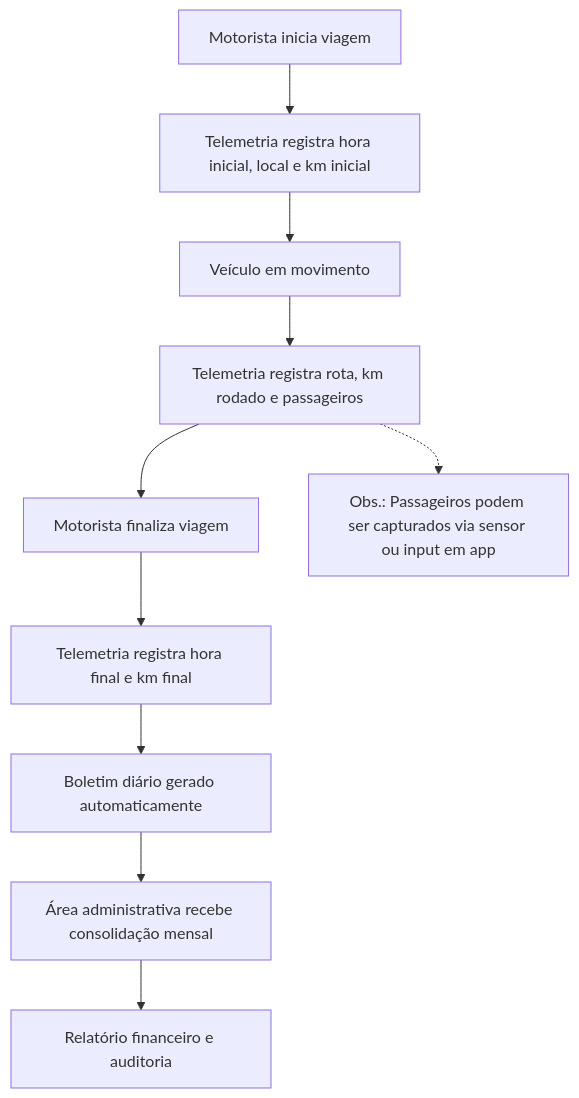
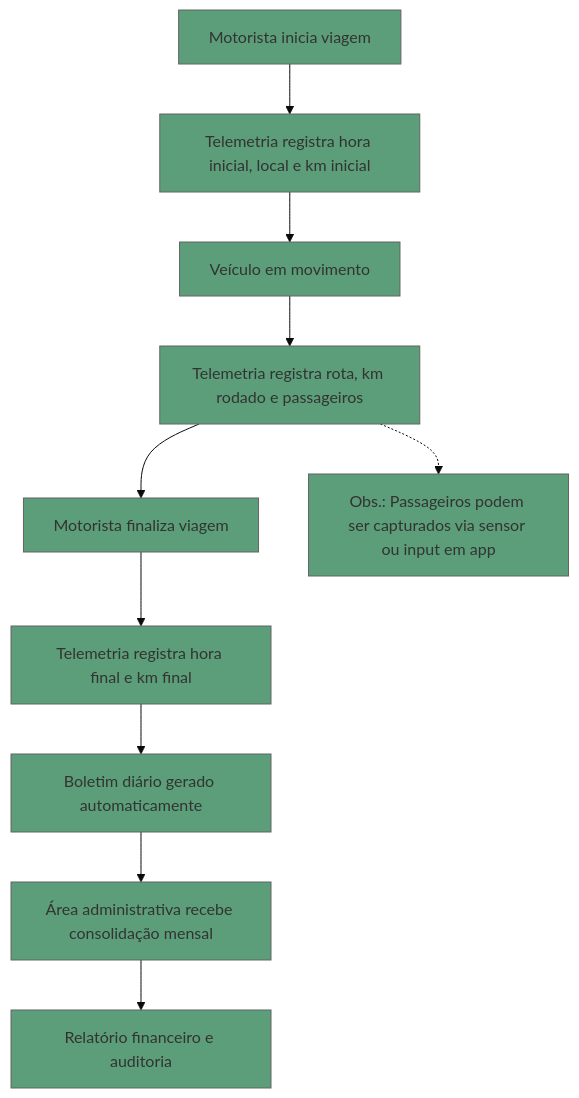
One commit to AgroTech-Inteli-ATI/2025_01_Atvos changed the diagram in docs/docs/sprint-1/03_Mapeamento_Processos_Jornada/Mapeamento_Processos.md. Above: the diagram before and after it, drawn with Mermaid. The commit also changed 4 other files, not shown here.

````diff
--- a/docs/docs/sprint-1/03_Mapeamento_Processos_Jornada/Mapeamento_Processos.md
+++ b/docs/docs/sprint-1/03_Mapeamento_Processos_Jornada/Mapeamento_Processos.md
@@ -92,12 +92,18 @@
 ```mermaid
+---
+config:
+    theme: base
+    themeVariables:
+        primaryColor: "#5B9E79"
+---
 flowchart TD
     A[Motorista inicia viagem] --> B[Telemetria registra hora inicial, local e km inicial]
     B --> C[Veículo em movimento]
     C --> D[Telemetria registra rota, km rodado e passageiros]
     D --> E[Motorista finaliza viagem]
     E --> F[Telemetria registra hora final e km final]
     F --> G[Boletim diário gerado automaticamente]
     G --> H[Área administrativa recebe consolidação mensal]
     H --> I[Relatório financeiro e auditoria]
     D -.-> J[Obs.: Passageiros podem ser capturados via sensor ou input em app]
 ```
````
